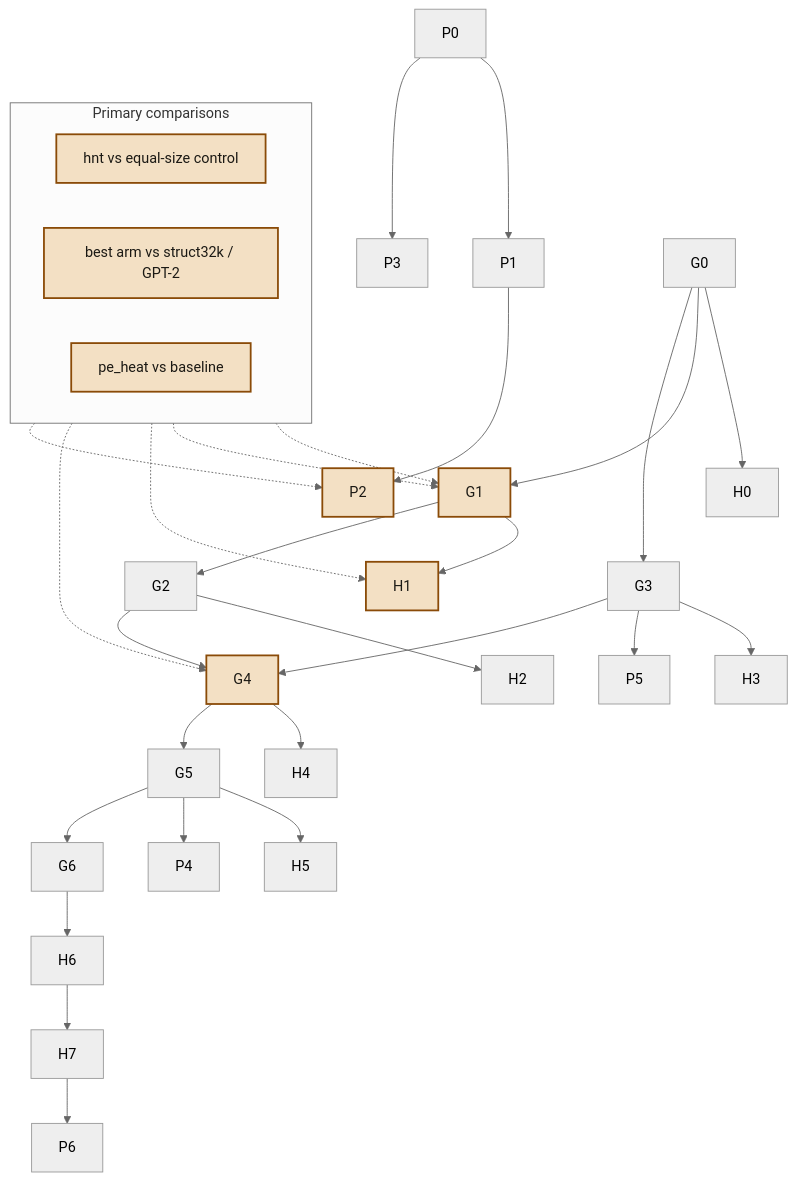
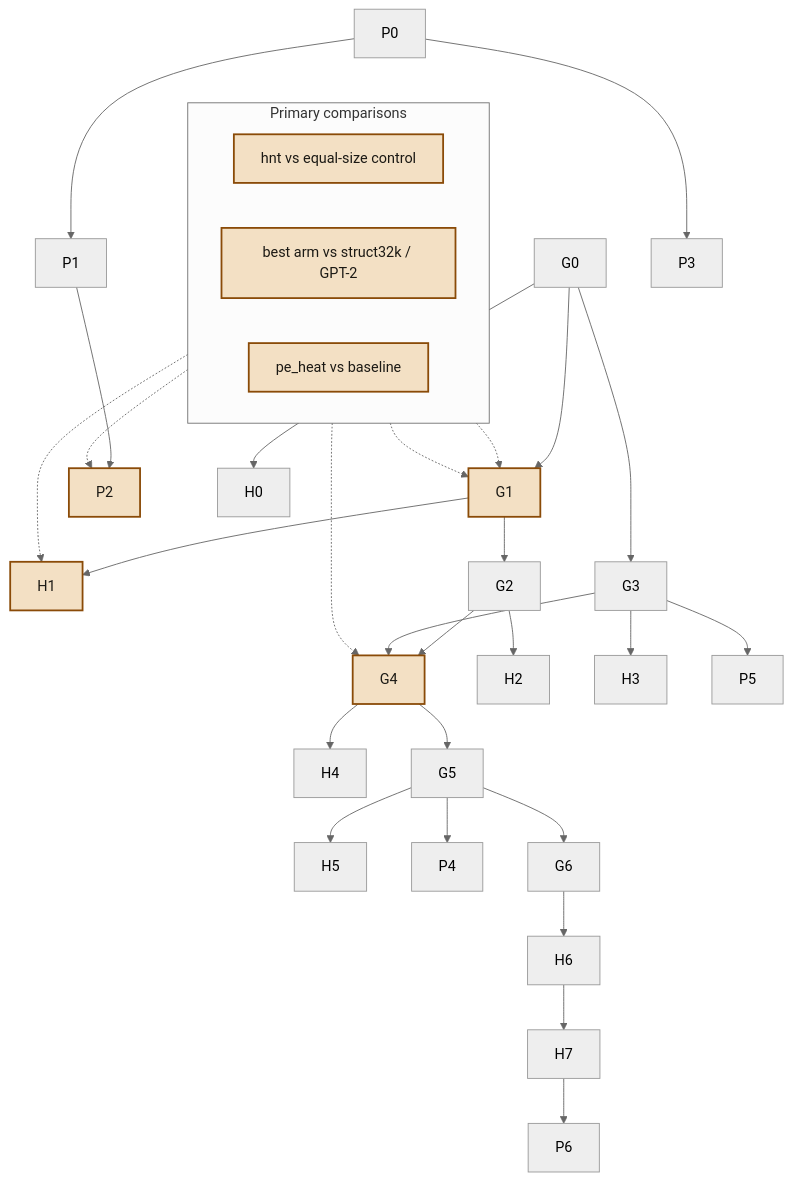
The diagram in docs/control-graph.mmd (ZuluYokohama/HaDukeNN_LLM), drawn with Mermaid (neutral theme) before and after one commit. The commit also changed 33 other files, not shown here.

```diff
--- a/docs/control-graph.mmd
+++ b/docs/control-graph.mmd
@@ -1,30 +1,37 @@
 flowchart TD
   subgraph comparisons["Primary comparisons"]
     direction LR
     hntCtl["hnt vs equal-size control"]
     bestArm["best arm vs struct32k / GPT-2"]
     peHeat["pe_heat vs baseline"]
   end
   hntCtl -.-> G1
   bestArm -.-> G1
   bestArm -.-> H1
   bestArm -.-> G4
   peHeat -.-> P2
 
-  P0 --> P1 --> P2
+  G0 --> H0
+  G0 --> G1
+  G1 --> H1
+  G1 --> G2
+  G2 --> H2
+  G0 --> G3
+  G3 --> H3
+  P0 --> P1
+  P1 --> P2
   P0 --> P3
-  G0 --> H0
-  G0 --> G1 --> H1
-  G1 --> G2 --> H2
-  G0 --> G3 --> H3
   G3 --> P5
   G2 --> G4
   G3 --> G4
   G4 --> H4
   G4 --> G5
   G5 --> H5
   G5 --> P4
-  G5 --> G6 --> H6 --> H7 --> P6
+  G5 --> G6
+  G6 --> H6
+  H6 --> H7
+  H7 --> P6
 
   classDef primary fill:#f3e0c4,stroke:#8a4b08,color:#1b1914,stroke-width:2px
-  class G1,H1,G4,P2,hntCtl,bestArm,peHeat primary
+  class G1,H1,P2,G4,hntCtl,bestArm,peHeat primary
```
